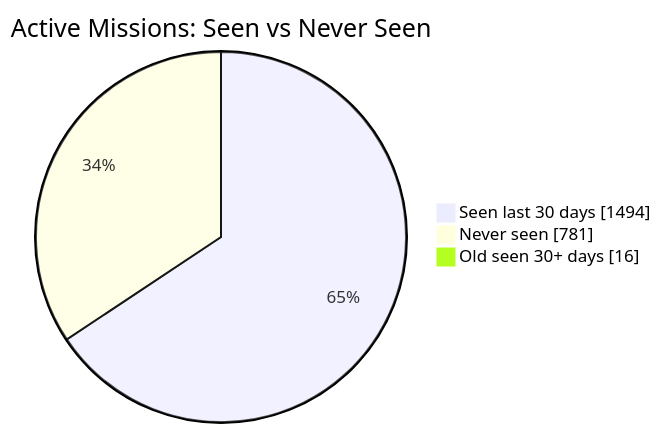
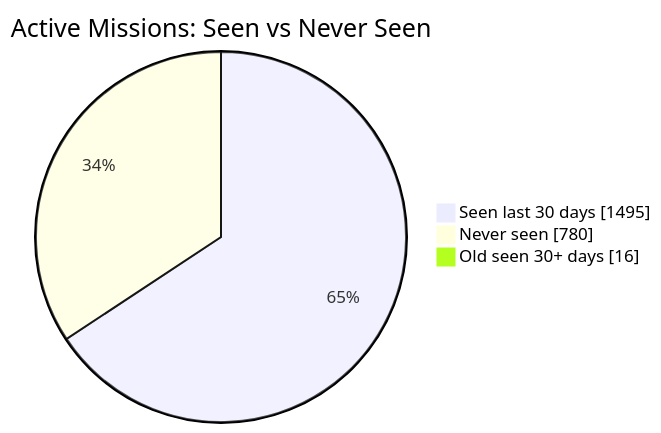
The first of 2 diagrams in README.md (MeldkamerspelGameTeam/active-missions), drawn with Mermaid before and after one commit. The commit also changed other lines of this file and 2 other files, not shown here.

````diff
--- a/README.md
+++ b/README.md
@@ -34,7 +34,7 @@
 ```mermaid
 pie showData
     title Active Missions: Seen vs Never Seen
-    "Seen last 30 days" : 1494
-    "Never seen" : 781
+    "Seen last 30 days" : 1495
+    "Never seen" : 780
     "Old seen 30+ days" : 16
 ```
````
